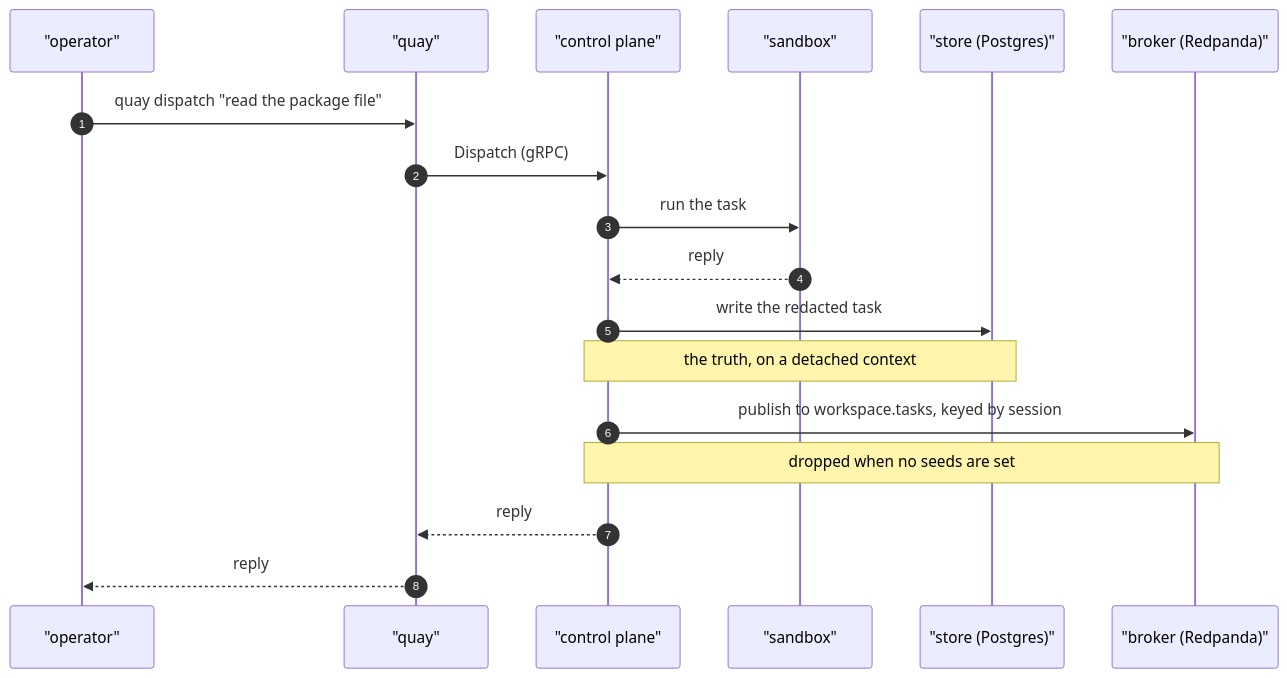
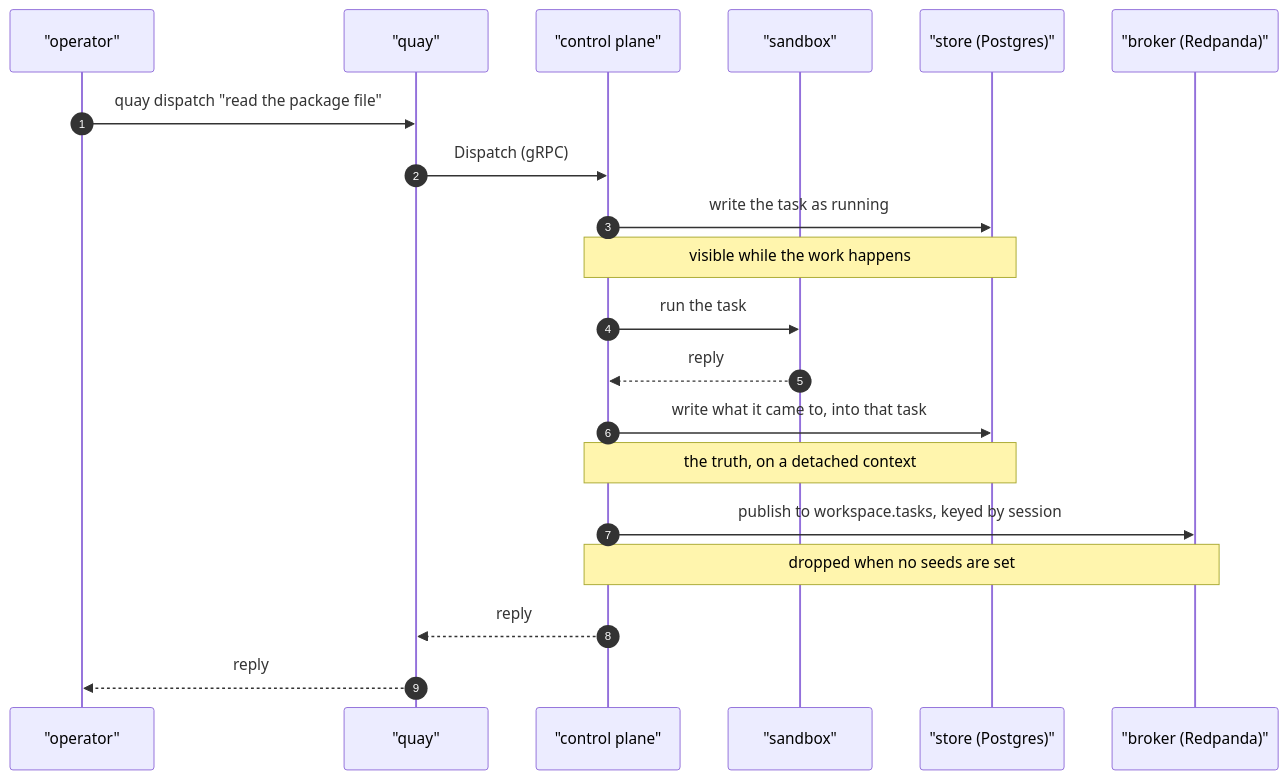
Before and after one commit to atlantic-blue/quay-crew: the diagram in docs/TASKS.md, drawn with Mermaid. The commit also changed other lines of this file and 13 other files, not shown here.

````diff
--- a/docs/TASKS.md
+++ b/docs/TASKS.md
@@ -50,21 +56,23 @@
 ```mermaid
 sequenceDiagram
     autonumber
     participant YOU as "operator"
     participant CLI as "quay"
     participant CP as "control plane"
     participant SBX as "sandbox"
     participant DB as "store (Postgres)"
     participant LOG as "broker (Redpanda)"
 
     YOU->>CLI: quay dispatch "read the package file"
     CLI->>CP: Dispatch (gRPC)
+    CP->>DB: write the task as running
+    Note over CP,DB: visible while the work happens
     CP->>SBX: run the task
     SBX-->>CP: reply
-    CP->>DB: write the redacted task
+    CP->>DB: write what it came to, into that task
     Note over CP,DB: the truth, on a detached context
     CP->>LOG: publish to workspace.tasks, keyed by session
     Note over CP,LOG: dropped when no seeds are set
     CP-->>CLI: reply
     CLI-->>YOU: reply
 ```
````
